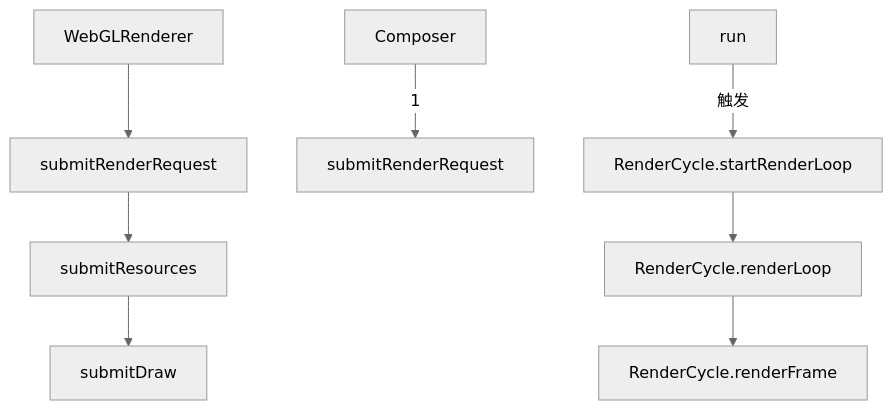
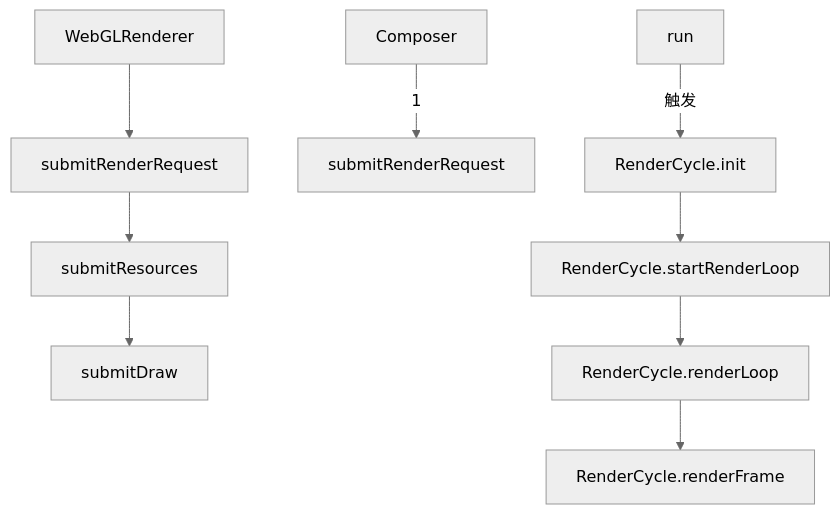
One commit to lmj01/lmj01.github.io changed the second of 3 diagrams in cg/tools/engine4mermaid.md. Above: the diagram before and after it, drawn with Mermaid (neutral theme). The commit also changed other lines of this file and 14 other files, not shown here.

```diff
--- a/cg/tools/engine4mermaid.md
+++ b/cg/tools/engine4mermaid.md
@@ -42,13 +42,14 @@
 <pre class="mermaid">
     graph TD
         A0[WebGLRenderer] --> BA0a[submitRenderRequest]
         BA0a --> BA0b[submitResources]
         BA0b --> BA0c[submitDraw]
 
         A2[Composer] -- "1" --> BA2a[submitRenderRequest]
 
-        Canvas.run[run] -- "触发" --> RC1a[RenderCycle.startRenderLoop]
+        Canvas.run[run] -- "触发" --> RC1a0[RenderCycle.init]
+        RC1a0 --> RC1a[RenderCycle.startRenderLoop]
         RC1a --> RC1b[RenderCycle.renderLoop]
         RC1b --> RC1c[RenderCycle.renderFrame]
 
 </pre>
```
